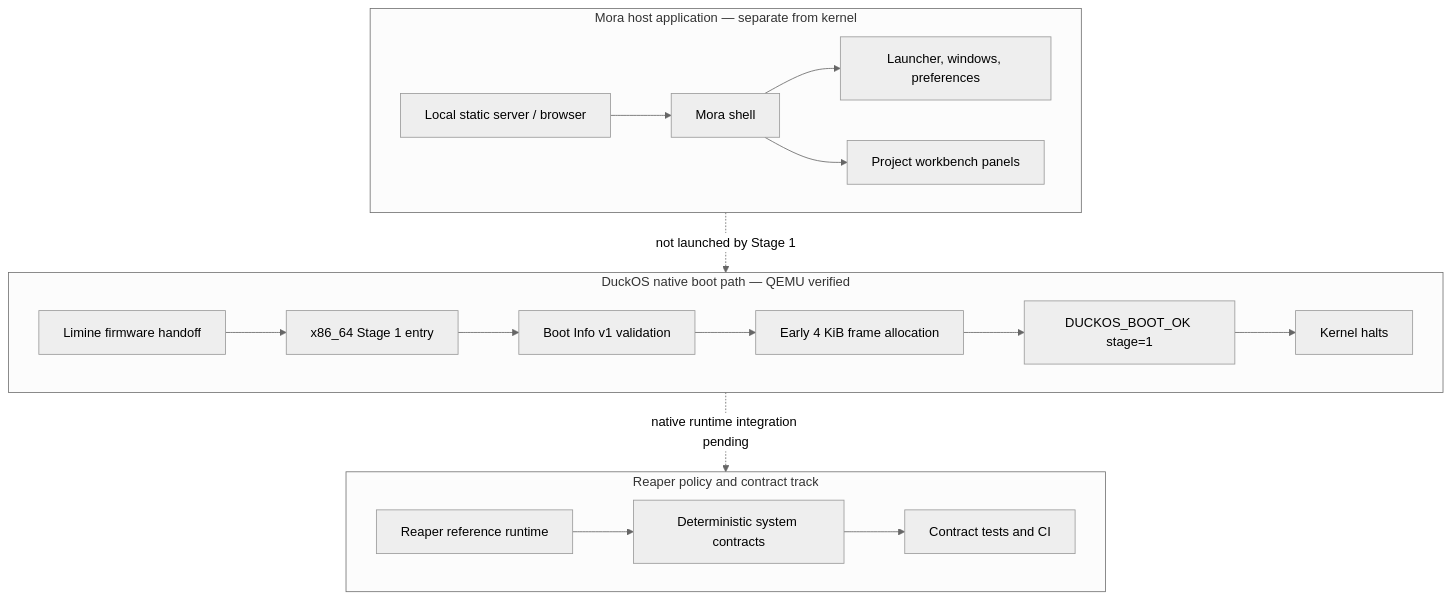
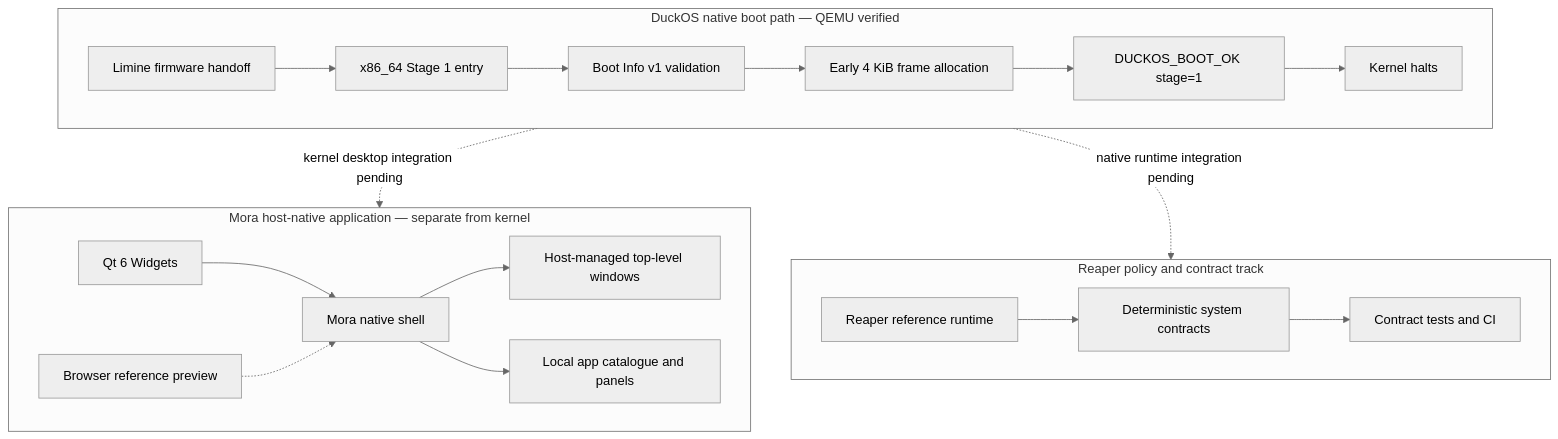
The diagram in README.md (Ivan-VHS/DAK), drawn with Mermaid (neutral theme) before and after one commit. The commit also changed other lines of this file, not shown here.

Commit message:
docs(mora): promote native shell and retain browser preview

````diff
--- a/README.md
+++ b/README.md
@@ -26,24 +26,25 @@
 ```mermaid
 flowchart TB
   subgraph BOOT["DuckOS native boot path — QEMU verified"]
     L["Limine firmware handoff"] --> B["x86_64 Stage 1 entry"]
     B --> V["Boot Info v1 validation"]
     V --> F["Early 4 KiB frame allocation"]
     F --> M["DUCKOS_BOOT_OK stage=1"]
     M --> H["Kernel halts"]
   end
 
   subgraph POLICY["Reaper policy and contract track"]
     R["Reaper reference runtime"] --> C["Deterministic system contracts"]
     C --> T["Contract tests and CI"]
   end
 
-  subgraph HOST["Mora host application — separate from kernel"]
-    W["Local static server / browser"] --> S["Mora shell"]
-    S --> A["Launcher, windows, preferences"]
-    S --> P["Project workbench panels"]
+  subgraph HOST["Mora host-native application — separate from kernel"]
+    Q["Qt 6 Widgets"] --> S["Mora native shell"]
+    S --> A["Host-managed top-level windows"]
+    S --> P["Local app catalogue and panels"]
+    W["Browser reference preview"] -.-> S
   end
 
+  BOOT -.->|kernel desktop integration pending| HOST
   BOOT -.->|native runtime integration pending| POLICY
-  HOST -.->|not launched by Stage 1| BOOT
 ```
````
